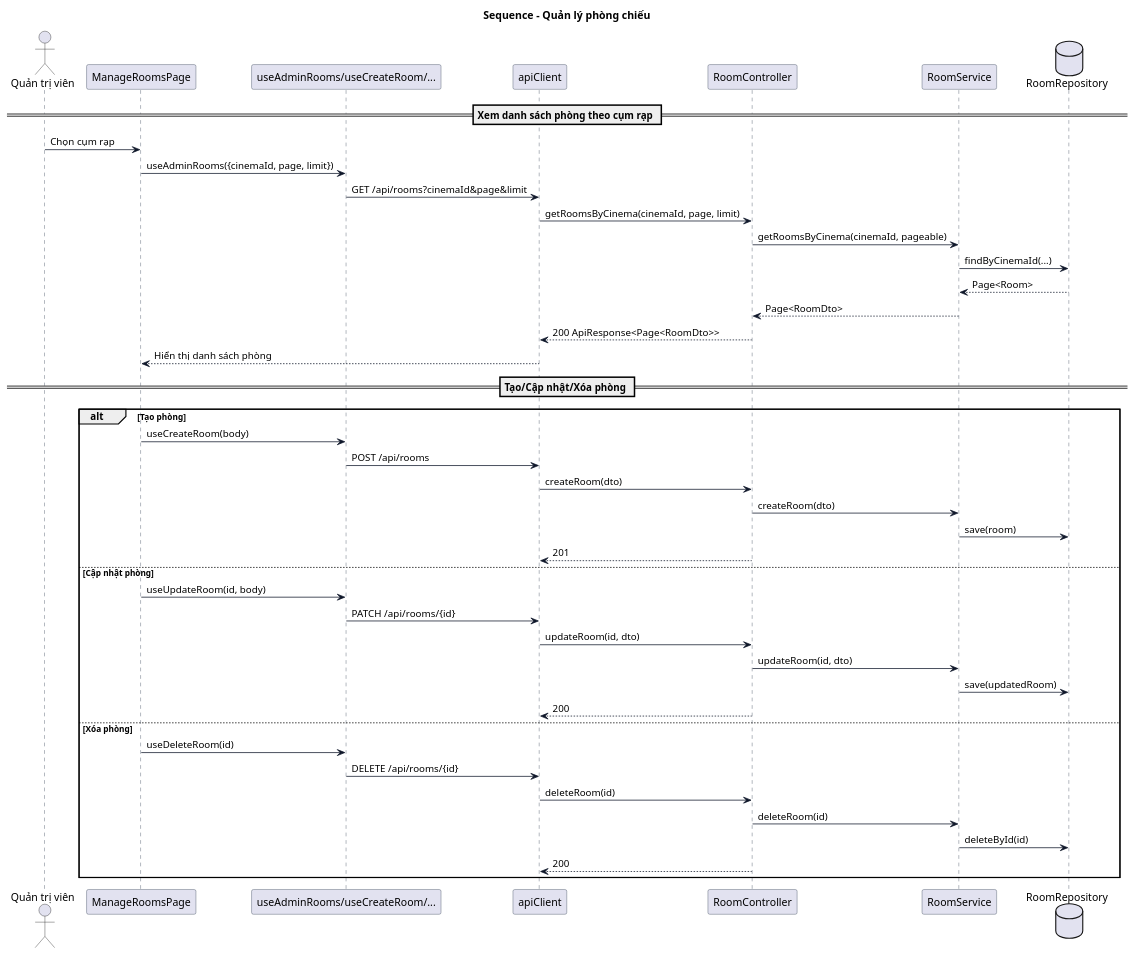
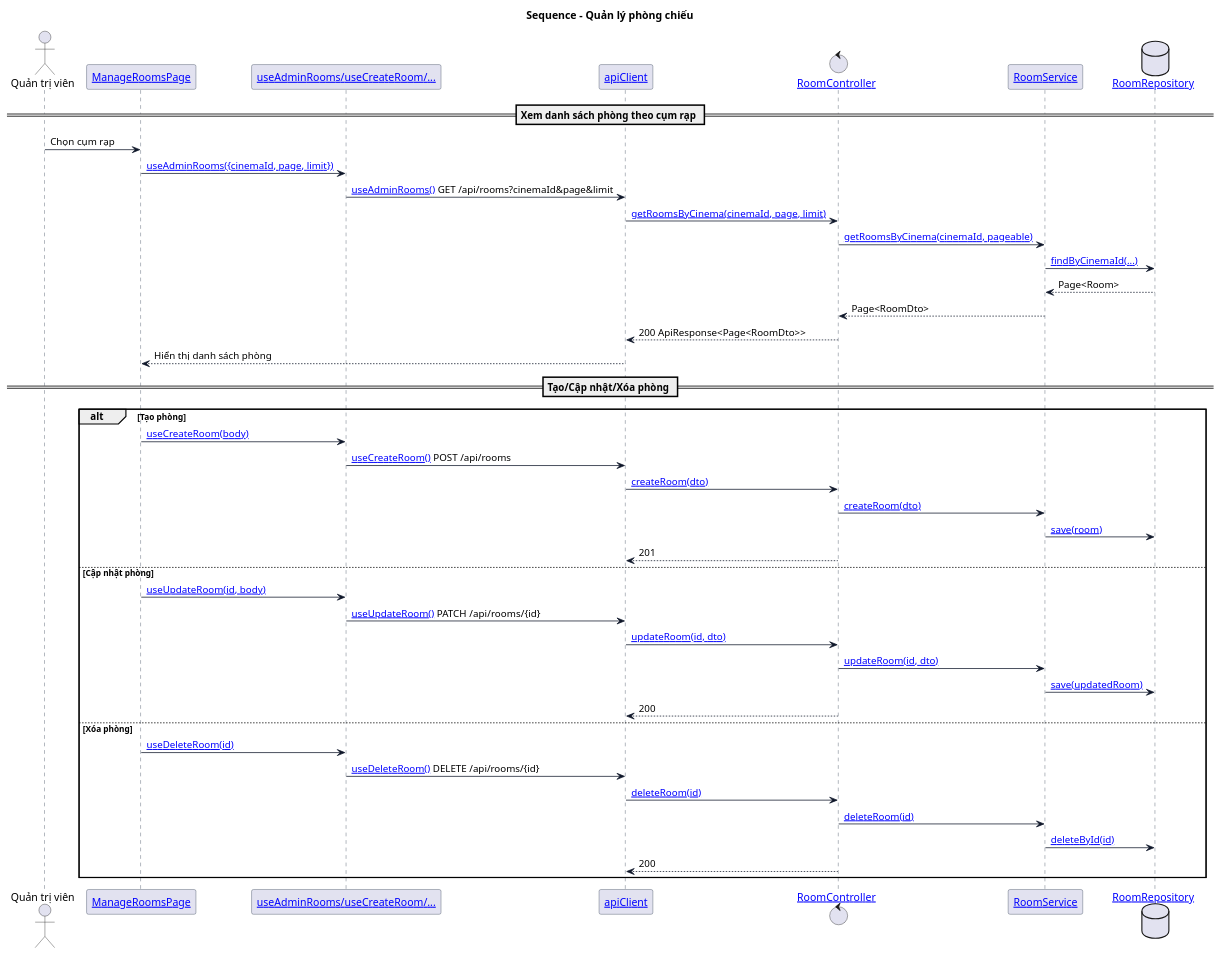
One commit to minhat5/MeCinema changed the diagram in uml/sequence/sequence-manage-rooms.puml. Above: the diagram before and after it, drawn with PlantUML. The commit also changed 21 other files, not shown here.

Commit message:
add link to file in uml

```diff
--- a/uml/sequence/sequence-manage-rooms.puml
+++ b/uml/sequence/sequence-manage-rooms.puml
@@ -1,55 +1,55 @@
 @startuml
 skinparam shadowing false
 skinparam sequence {
   ArrowColor #0F172A
   LifeLineBorderColor #334155
   LifeLineBackgroundColor #F8FAFC
   ParticipantBorderColor #334155
 }
 
 title Sequence - Quản lý phòng chiếu
 
 actor Admin as "Quản trị viên"
-participant UI as "ManageRoomsPage"
-participant Hook as "useAdminRooms/useCreateRoom/..."
-participant API as "apiClient"
-participant Ctl as "RoomController"
-participant Svc as "RoomService"
-database Repo as "RoomRepository"
+participant UI as "[[../../client/src/features/admin/rooms/pages/ManageRoomsPage.tsx ManageRoomsPage]]"
+participant Hook as "[[../../client/src/features/admin/rooms/hooks/useRoomCRUD.ts useAdminRooms/useCreateRoom/...]]"
+participant API as "[[../../client/src/lib/api-client.ts apiClient]]"
+control Ctl as "[[../../src/main/java/com/mecinema/mecinema/controller/admin/RoomController.java RoomController]]"
+participant Svc as "[[../../src/main/java/com/mecinema/mecinema/service/RoomService.java RoomService]]"
+database Repo as "[[../../src/main/java/com/mecinema/mecinema/repo/RoomRepository.java RoomRepository]]"
 
 == Xem danh sách phòng theo cụm rạp ==
 Admin -> UI: Chọn cụm rạp
-UI -> Hook: useAdminRooms({cinemaId, page, limit})
-Hook -> API: GET /api/rooms?cinemaId&page&limit
-API -> Ctl: getRoomsByCinema(cinemaId, page, limit)
-Ctl -> Svc: getRoomsByCinema(cinemaId, pageable)
-Svc -> Repo: findByCinemaId(...)
+UI -> Hook: [[../../client/src/features/admin/rooms/hooks/useRoomCRUD.ts useAdminRooms({cinemaId, page, limit})]]
+Hook -> API: [[../../client/src/features/admin/rooms/hooks/useRoomCRUD.ts useAdminRooms()]] GET /api/rooms?cinemaId&page&limit
+API -> Ctl: [[../../src/main/java/com/mecinema/mecinema/controller/admin/RoomController.java#L44 getRoomsByCinema(cinemaId, page, limit)]]
+Ctl -> Svc: [[../../src/main/java/com/mecinema/mecinema/service/RoomService.java getRoomsByCinema(cinemaId, pageable)]]
+Svc -> Repo: [[../../src/main/java/com/mecinema/mecinema/repo/RoomRepository.java findByCinemaId(...)]]
 Repo --> Svc: Page<Room>
 Svc --> Ctl: Page<RoomDto>
 Ctl --> API: 200 ApiResponse<Page<RoomDto>>
 API --> UI: Hiển thị danh sách phòng
 
 == Tạo/Cập nhật/Xóa phòng ==
 alt Tạo phòng
-  UI -> Hook: useCreateRoom(body)
-  Hook -> API: POST /api/rooms
-  API -> Ctl: createRoom(dto)
-  Ctl -> Svc: createRoom(dto)
-  Svc -> Repo: save(room)
+  UI -> Hook: [[../../client/src/features/admin/rooms/hooks/useRoomCRUD.ts useCreateRoom(body)]]
+  Hook -> API: [[../../client/src/features/admin/rooms/hooks/useRoomCRUD.ts useCreateRoom()]] POST /api/rooms
+  API -> Ctl: [[../../src/main/java/com/mecinema/mecinema/controller/admin/RoomController.java#L29 createRoom(dto)]]
+  Ctl -> Svc: [[../../src/main/java/com/mecinema/mecinema/service/RoomService.java createRoom(dto)]]
+  Svc -> Repo: [[../../src/main/java/com/mecinema/mecinema/repo/RoomRepository.java save(room)]]
   Ctl --> API: 201
 else Cập nhật phòng
-  UI -> Hook: useUpdateRoom(id, body)
-  Hook -> API: PATCH /api/rooms/{id}
-  API -> Ctl: updateRoom(id, dto)
-  Ctl -> Svc: updateRoom(id, dto)
-  Svc -> Repo: save(updatedRoom)
+  UI -> Hook: [[../../client/src/features/admin/rooms/hooks/useRoomCRUD.ts useUpdateRoom(id, body)]]
+  Hook -> API: [[../../client/src/features/admin/rooms/hooks/useRoomCRUD.ts useUpdateRoom()]] PATCH /api/rooms/{id}
+  API -> Ctl: [[../../src/main/java/com/mecinema/mecinema/controller/admin/RoomController.java#L79 updateRoom(id, dto)]]
+  Ctl -> Svc: [[../../src/main/java/com/mecinema/mecinema/service/RoomService.java updateRoom(id, dto)]]
+  Svc -> Repo: [[../../src/main/java/com/mecinema/mecinema/repo/RoomRepository.java save(updatedRoom)]]
   Ctl --> API: 200
 else Xóa phòng
-  UI -> Hook: useDeleteRoom(id)
-  Hook -> API: DELETE /api/rooms/{id}
-  API -> Ctl: deleteRoom(id)
-  Ctl -> Svc: deleteRoom(id)
-  Svc -> Repo: deleteById(id)
+  UI -> Hook: [[../../client/src/features/admin/rooms/hooks/useRoomCRUD.ts useDeleteRoom(id)]]
+  Hook -> API: [[../../client/src/features/admin/rooms/hooks/useRoomCRUD.ts useDeleteRoom()]] DELETE /api/rooms/{id}
+  API -> Ctl: [[../../src/main/java/com/mecinema/mecinema/controller/admin/RoomController.java#L97 deleteRoom(id)]]
+  Ctl -> Svc: [[../../src/main/java/com/mecinema/mecinema/service/RoomService.java deleteRoom(id)]]
+  Svc -> Repo: [[../../src/main/java/com/mecinema/mecinema/repo/RoomRepository.java deleteById(id)]]
   Ctl --> API: 200
 end
 @enduml
```
